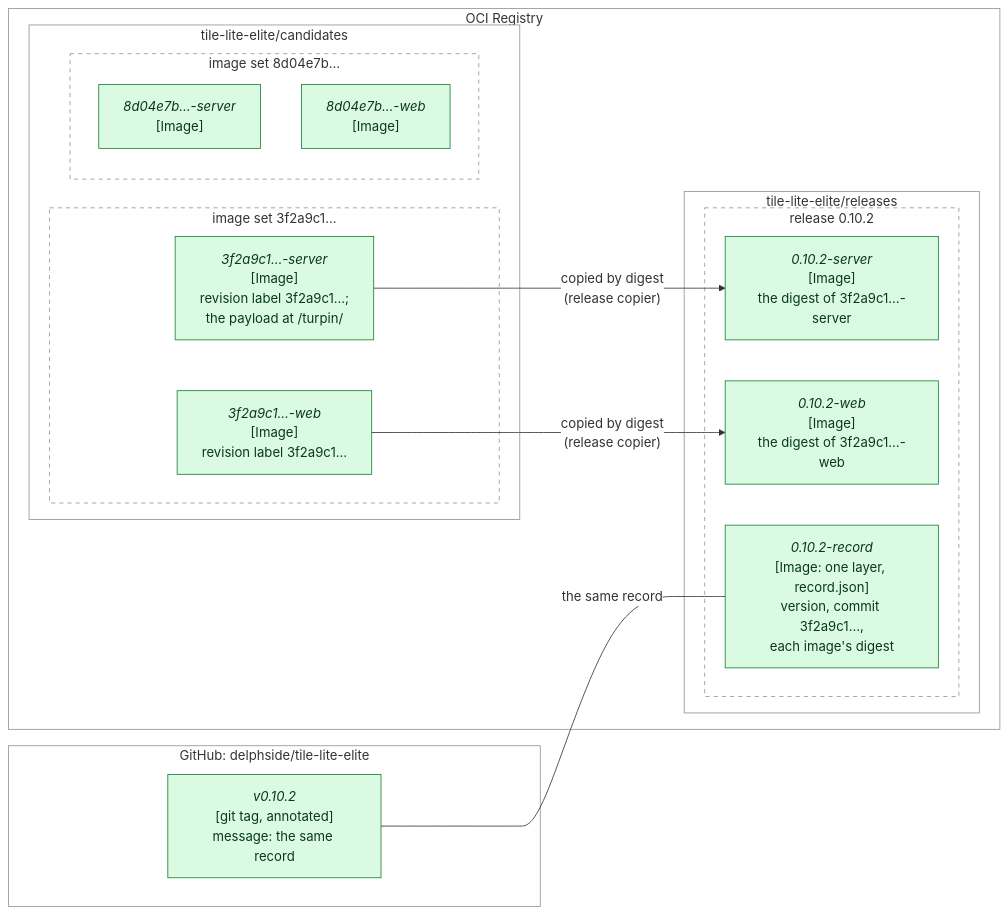
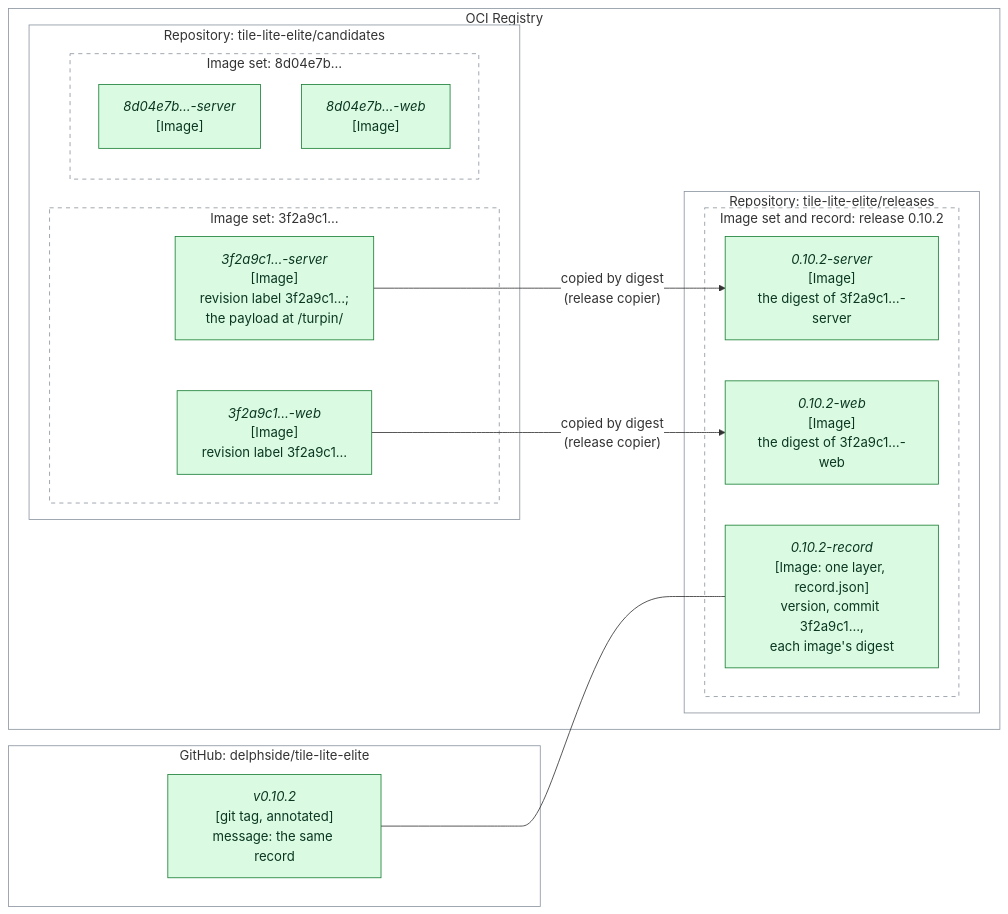
The fourth of 8 diagrams in records/2.5-changes/programme-tooling/117-generic-deliver-tool/design.md (delphside/programme), drawn with Mermaid before and after one commit. The commit also changed other lines of this file and 16 other files, not shown here.

````diff
--- a/records/2.5-changes/programme-tooling/117-generic-deliver-tool/design.md
+++ b/records/2.5-changes/programme-tooling/117-generic-deliver-tool/design.md
@@ -347,36 +359,36 @@
 ```mermaid
 %%{init: {"themeVariables": {"clusterBkg": "#ffffff", "clusterBorder": "#8c959f", "edgeLabelBackground": "#ffffff"}}}%%
 flowchart LR
   subgraph OCIR["OCI Registry"]
-    subgraph CAND["tile-lite-elite/candidates"]
-      subgraph S1["image set 3f2a9c1…"]
+    subgraph CAND["Repository: tile-lite-elite/candidates"]
+      subgraph S1["Image set: 3f2a9c1…"]
         C1S["<i>3f2a9c1…-server</i><br>[Image]<br>revision label 3f2a9c1…;<br>the payload at /turpin/"]
         C1W["<i>3f2a9c1…-web</i><br>[Image]<br>revision label 3f2a9c1…"]
       end
-      subgraph S2["image set 8d04e7b…"]
+      subgraph S2["Image set: 8d04e7b…"]
         C2S["<i>8d04e7b…-server</i><br>[Image]"]
         C2W["<i>8d04e7b…-web</i><br>[Image]"]
       end
     end
-    subgraph REL["tile-lite-elite/releases"]
-      subgraph V1["release 0.10.2"]
+    subgraph REL["Repository: tile-lite-elite/releases"]
+      subgraph V1["Image set and record: release 0.10.2"]
         R1S["<i>0.10.2-server</i><br>[Image]<br>the digest of 3f2a9c1…-server"]
         R1W["<i>0.10.2-web</i><br>[Image]<br>the digest of 3f2a9c1…-web"]
         R1R["<i>0.10.2-record</i><br>[Image: one layer, record.json]<br>version, commit 3f2a9c1…,<br>each image's digest"]
       end
     end
   end
   subgraph GH["GitHub: delphside/tile-lite-elite"]
     TAG["<i>v0.10.2</i><br>[git tag, annotated]<br>message: the same record"]
   end
   C1S -->|"copied by digest<br>(release copier)"| R1S
   C1W -->|"copied by digest<br>(release copier)"| R1W
-  TAG ---|"the same record"| R1R
+  TAG --- R1R
   classDef unchanged    fill:#f6f8fa,stroke:#8c959f,color:#1f2328
   classDef new          fill:#dafbe1,stroke:#1a7f37,color:#0a3622
   classDef changed      fill:#fff8c5,stroke:#9a6700,color:#4d2d00
   class C1S,C1W,C2S,C2W,R1S,R1W,R1R,TAG new
   style S1 stroke-dasharray: 5 5
   style S2 stroke-dasharray: 5 5
   style V1 stroke-dasharray: 5 5
 ```
````
